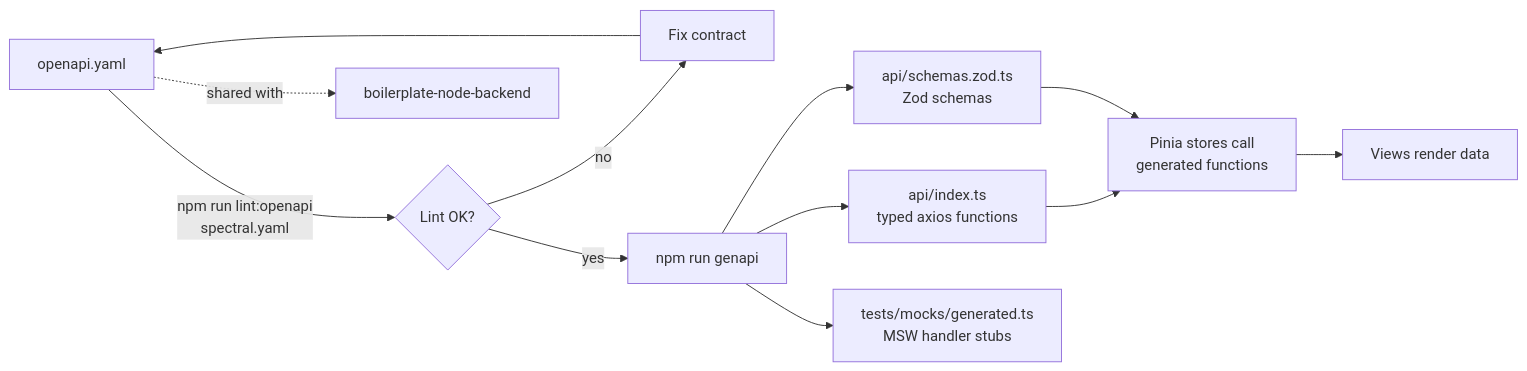
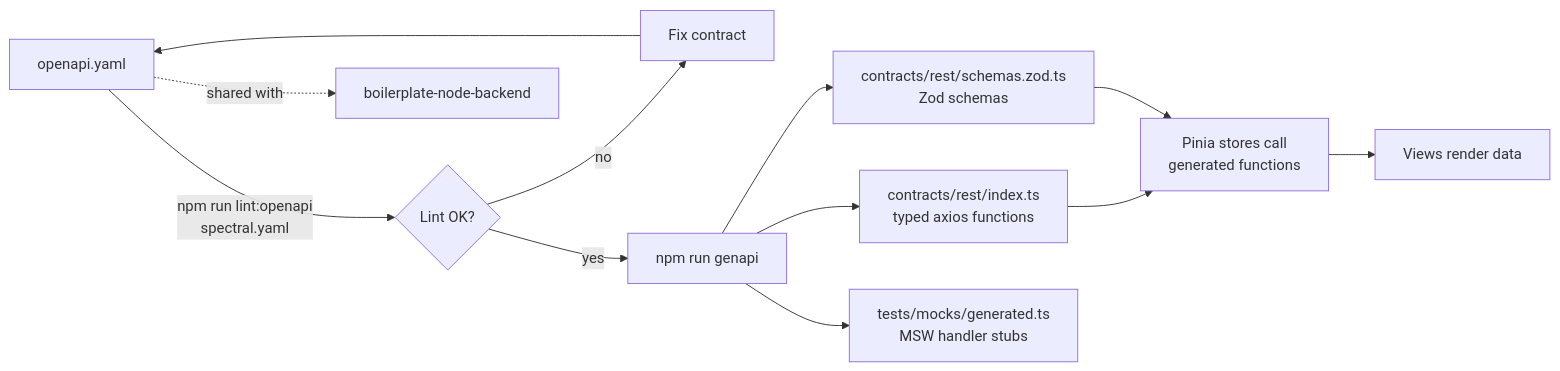
The second of 6 diagrams in README.md (Guebbit/boilerplate-vue-frontend), drawn with Mermaid before and after one commit. The commit also changed other lines of this file and 99 other files, not shown here.

````diff
--- a/README.md
+++ b/README.md
@@ -315,14 +315,14 @@
 ```mermaid
 flowchart LR
     A[openapi.yaml] -->|npm run lint:openapi<br/>spectral.yaml| L{Lint OK?}
     L -- no --> X[Fix contract]
     X --> A
     L -- yes --> G[npm run genapi]
-    G --> CLIENT[api/index.ts<br/>typed axios functions]
-    G --> ZOD[api/schemas.zod.ts<br/>Zod schemas]
+    G --> CLIENT[contracts/rest/index.ts<br/>typed axios functions]
+    G --> ZOD[contracts/rest/schemas.zod.ts<br/>Zod schemas]
     G --> MOCKS[tests/mocks/generated.ts<br/>MSW handler stubs]
     CLIENT --> STORES[Pinia stores call<br/>generated functions]
     ZOD --> STORES
     STORES --> VIEWS[Views render data]
     A -.shared with.-> BE[boilerplate-node-backend]
 ```
````
